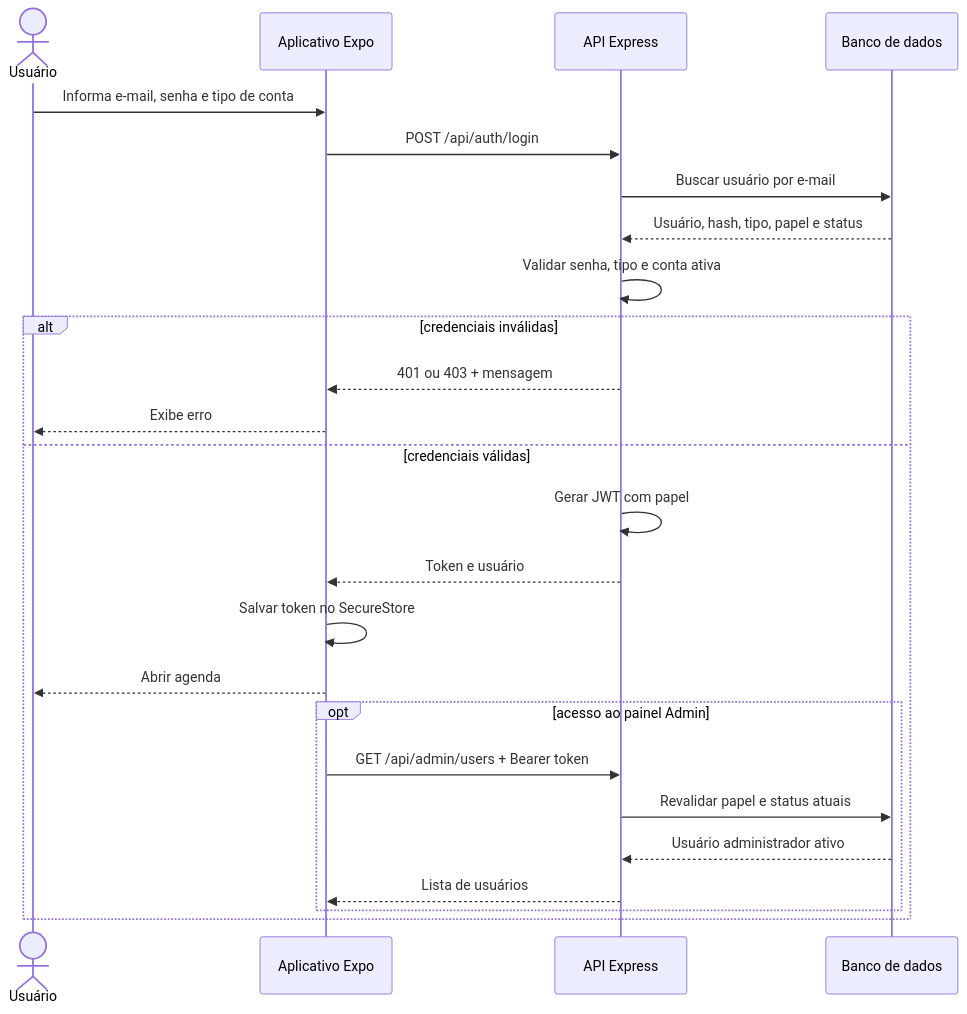
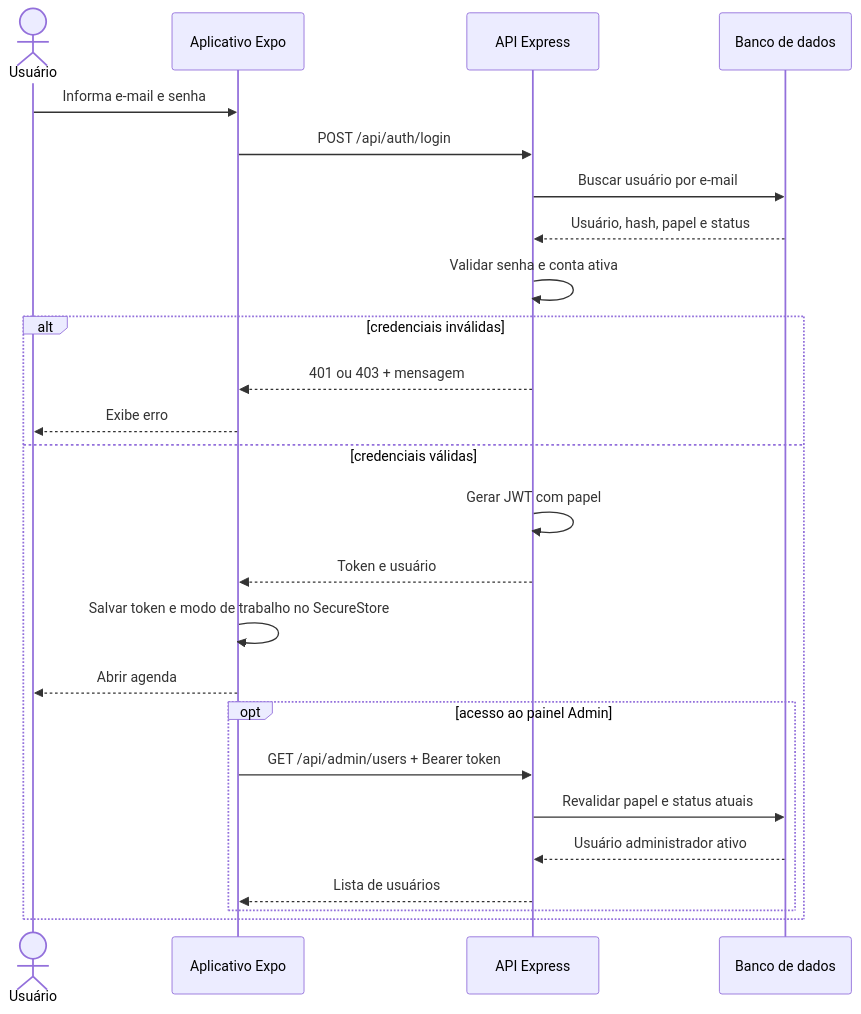
The sixth of 7 diagrams in docs/DIAGRAMS.md (Luizbc2/Horarius), drawn with Mermaid before and after one commit. The commit also changed other lines of this file and 20 other files, not shown here.

````diff
--- a/docs/DIAGRAMS.md
+++ b/docs/DIAGRAMS.md
@@ -252,28 +252,28 @@
 ```mermaid
 sequenceDiagram
     actor U as Usuário
     participant A as Aplicativo Expo
     participant API as API Express
     participant DB as Banco de dados
 
-    U->>A: Informa e-mail, senha e tipo de conta
+    U->>A: Informa e-mail e senha
     A->>API: POST /api/auth/login
     API->>DB: Buscar usuário por e-mail
-    DB-->>API: Usuário, hash, tipo, papel e status
-    API->>API: Validar senha, tipo e conta ativa
+    DB-->>API: Usuário, hash, papel e status
+    API->>API: Validar senha e conta ativa
     alt credenciais inválidas
         API-->>A: 401 ou 403 + mensagem
         A-->>U: Exibe erro
     else credenciais válidas
         API->>API: Gerar JWT com papel
         API-->>A: Token e usuário
-        A->>A: Salvar token no SecureStore
+        A->>A: Salvar token e modo de trabalho no SecureStore
         A-->>U: Abrir agenda
         opt acesso ao painel Admin
             A->>API: GET /api/admin/users + Bearer token
             API->>DB: Revalidar papel e status atuais
             DB-->>API: Usuário administrador ativo
             API-->>A: Lista de usuários
         end
     end
 ```
````
